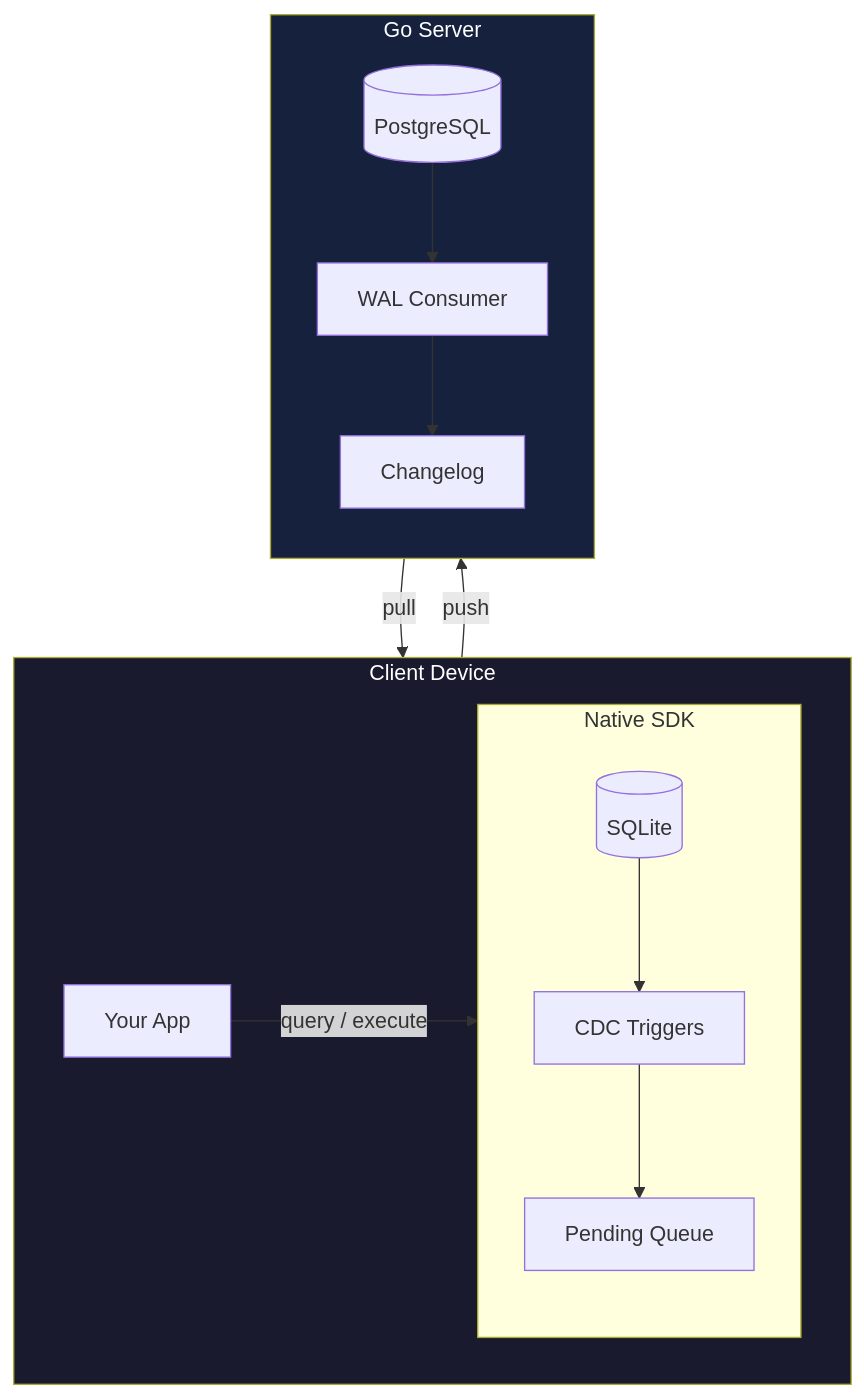
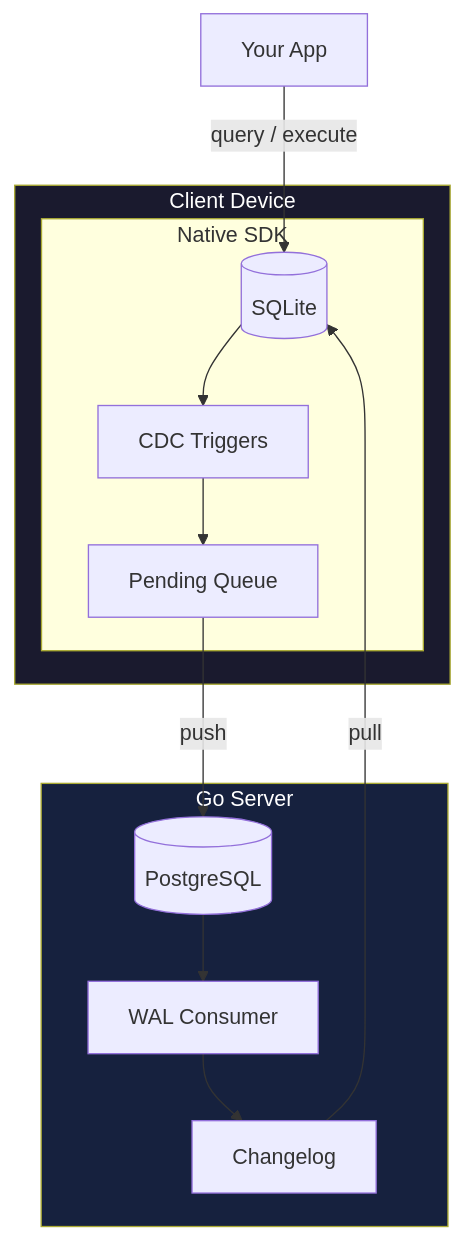
Before and after one commit to trainstar/synchro: the diagram in README.md, drawn with Mermaid. The commit also changed other lines of this file and 10 other files, not shown here.

````diff
--- a/README.md
+++ b/README.md
@@ -19,28 +21,26 @@
 ```mermaid
 flowchart TB
+    APP[Your App] -- "query / execute" --> DB
+
     subgraph Client["Client Device"]
-        direction LR
-        APP[Your App] -- "query / execute" --> SDK
         subgraph SDK["Native SDK"]
-            direction TB
             DB[(SQLite)]
             CDC[CDC Triggers]
             PQ[Pending Queue]
             DB --> CDC --> PQ
         end
     end
 
     subgraph Server["Go Server"]
-        direction TB
         PG[("PostgreSQL")]
         WAL[WAL Consumer]
         CL[Changelog]
         PG --> WAL --> CL
     end
 
     PQ -- "push" --> PG
     CL -- "pull" --> DB
 
     style Client fill:#1a1a2e,color:#fff
     style Server fill:#16213e,color:#fff
 ```
````
